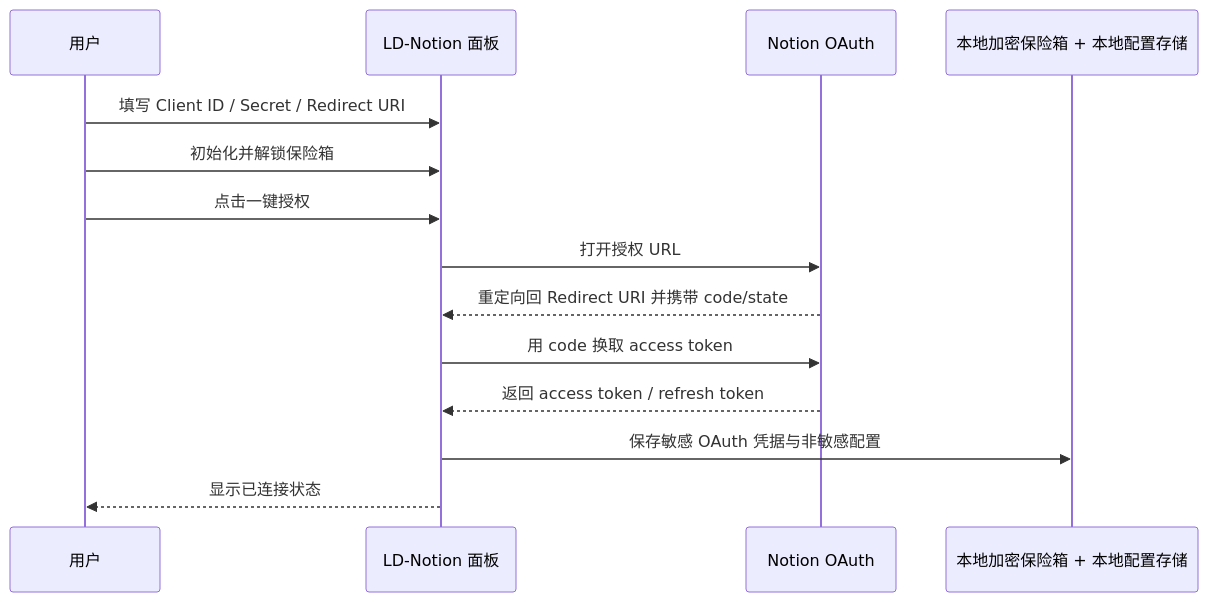
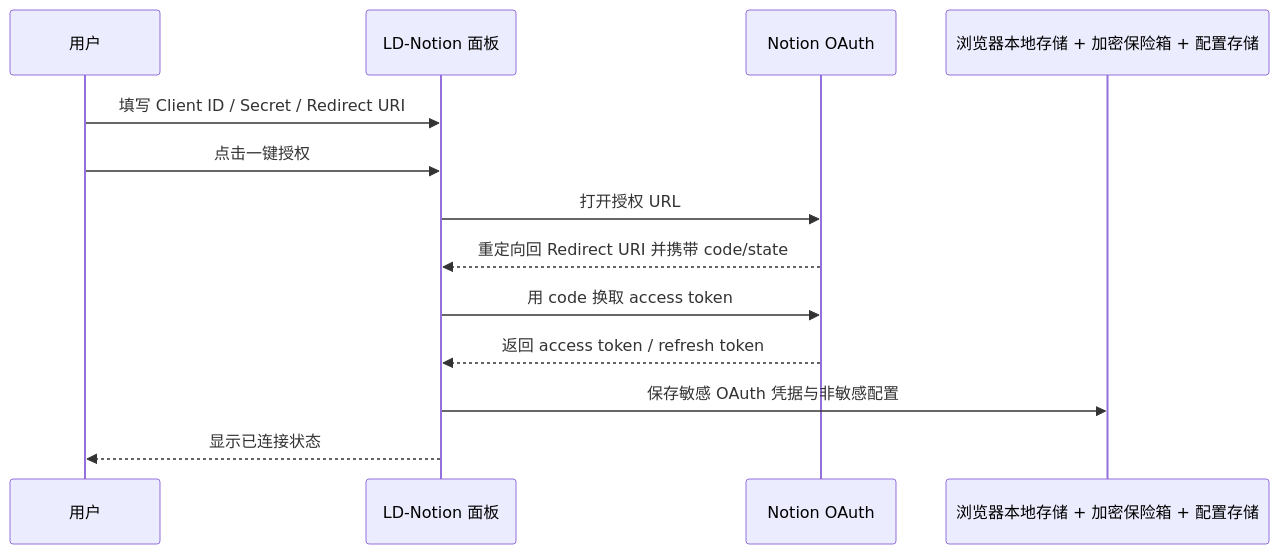
One commit to Smith-106/LD-Notion changed the second of 5 diagrams in docs/architecture/flows.md. Above: the diagram before and after it, drawn with Mermaid. The commit also changed 13 other files, not shown here.

````diff
--- a/docs/architecture/flows.md
+++ b/docs/architecture/flows.md
@@ -24,17 +24,16 @@
 ```mermaid
 sequenceDiagram
   participant User as 用户
   participant Panel as LD-Notion 面板
   participant Notion as Notion OAuth
-  participant Store as 本地加密保险箱 + 本地配置存储
+  participant Store as 浏览器本地存储 + 加密保险箱 + 配置存储
 
   User->>Panel: 填写 Client ID / Secret / Redirect URI
-  User->>Panel: 初始化并解锁保险箱
   User->>Panel: 点击一键授权
   Panel->>Notion: 打开授权 URL
   Notion-->>Panel: 重定向回 Redirect URI 并携带 code/state
   Panel->>Notion: 用 code 换取 access token
   Notion-->>Panel: 返回 access token / refresh token
   Panel->>Store: 保存敏感 OAuth 凭据与非敏感配置
   Panel-->>User: 显示已连接状态
 ```
````
